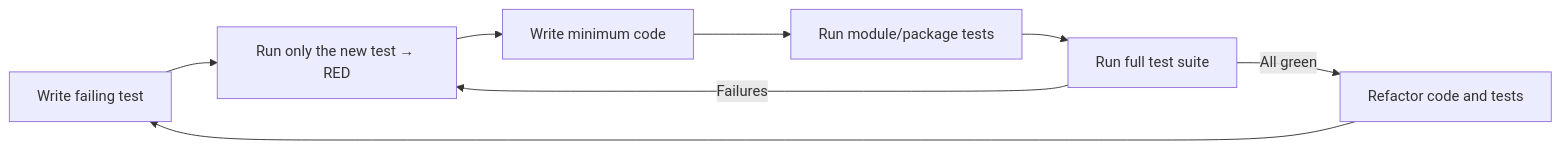
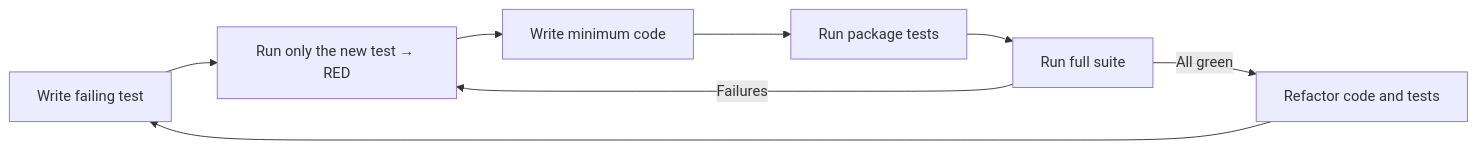
Before and after one commit to asgambat/gospin: the diagram in .github/agents/Tester.agent.md, drawn with Mermaid. The commit also changed other lines of this file and 72 other files, not shown here.

````diff
--- a/.github/agents/Tester.agent.md
+++ b/.github/agents/Tester.agent.md
@@ -96,10 +115,10 @@
 ```mermaid
 flowchart LR
         A[Write failing test] --> B[Run only the new test → RED]
         B --> C[Write minimum code]
-        C --> D[Run module/package tests]
-        D --> E[Run full test suite]
+        C --> D[Run package tests]
+        D --> E[Run full suite]
         E -->|All green| F[Refactor code and tests]
         F --> A
         E -->|Failures| B
 ```
````
